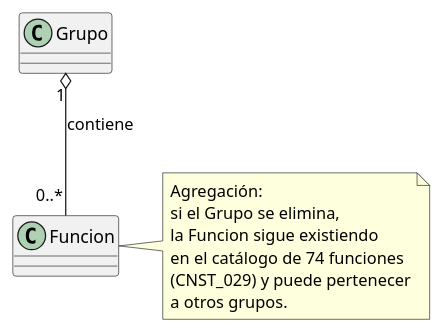
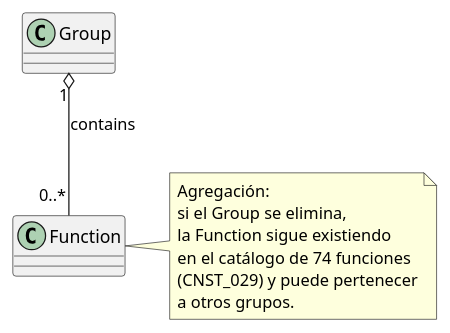
The diagram in source/requisitos/_metodologia-aplicacion/relaciones-uml/agregacion-grupo-agrega-funciones.rst (jcg-admin/IACT-docs), drawn with PlantUML before and after one commit. The commit also changed 19 other files, not shown here.

First line of the commit message:
Translate identifiers in B-C relaciones-uml/ (T-011..T-030)

```diff
--- a/source/requisitos/_metodologia-aplicacion/relaciones-uml/agregacion-grupo-agrega-funciones.rst
+++ b/source/requisitos/_metodologia-aplicacion/relaciones-uml/agregacion-grupo-agrega-funciones.rst
@@ -4,16 +4,16 @@
 .. uml::
 
    @startuml
 
-   class Grupo
-   class Funcion
-   Grupo "1" o-- "0..*" Funcion : contiene
-   note right of Funcion
+   class Group
+   class Function
+   Group "1" o-- "0..*" Function : contains
+   note right of Function
      Agregación:
-     si el Grupo se elimina,
-     la Funcion sigue existiendo
+     si el Group se elimina,
+     la Function sigue existiendo
      en el catálogo de 74 funciones
      (CNST_029) y puede pertenecer
      a otros grupos.
    end note
    @enduml
```
